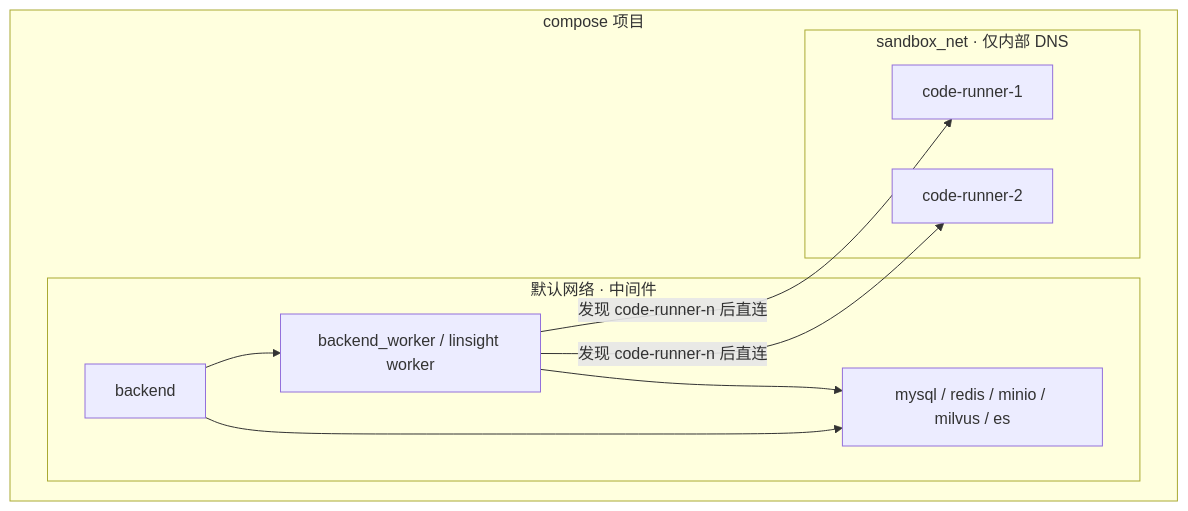
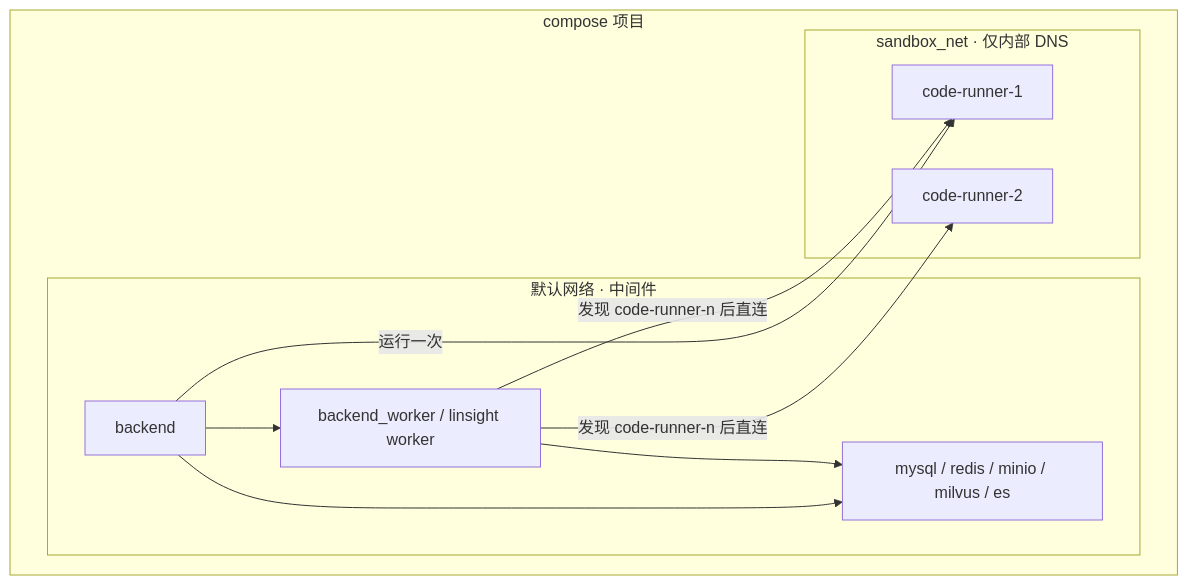
One commit to dataelement/bisheng changed the tenth of 15 diagrams in features/v3.0.0-beta1/068-code-execution-sandbox/design.md. Above: the diagram before and after it, drawn with Mermaid. The commit also changed other lines of this file and 10 other files, not shown here.

````diff
--- a/features/v3.0.0-beta1/068-code-execution-sandbox/design.md
+++ b/features/v3.0.0-beta1/068-code-execution-sandbox/design.md
@@ -717,19 +717,20 @@
 ```mermaid
 flowchart TB
     subgraph Compose["compose 项目"]
         subgraph DefaultNet["默认网络 · 中间件"]
             API["backend"]
             Worker["backend_worker / linsight worker"]
             DB["mysql / redis / minio / milvus / es"]
         end
         subgraph SandboxNet["sandbox_net · 仅内部 DNS"]
             R1["code-runner-1"]
             R2["code-runner-2"]
         end
     end
     Worker -->|"发现 code-runner-n 后直连"| R1
     Worker -->|"发现 code-runner-n 后直连"| R2
+    API -->|"运行一次"| R1
     Worker --> DB
     API --> DB
     API --> Worker
 ```
````
